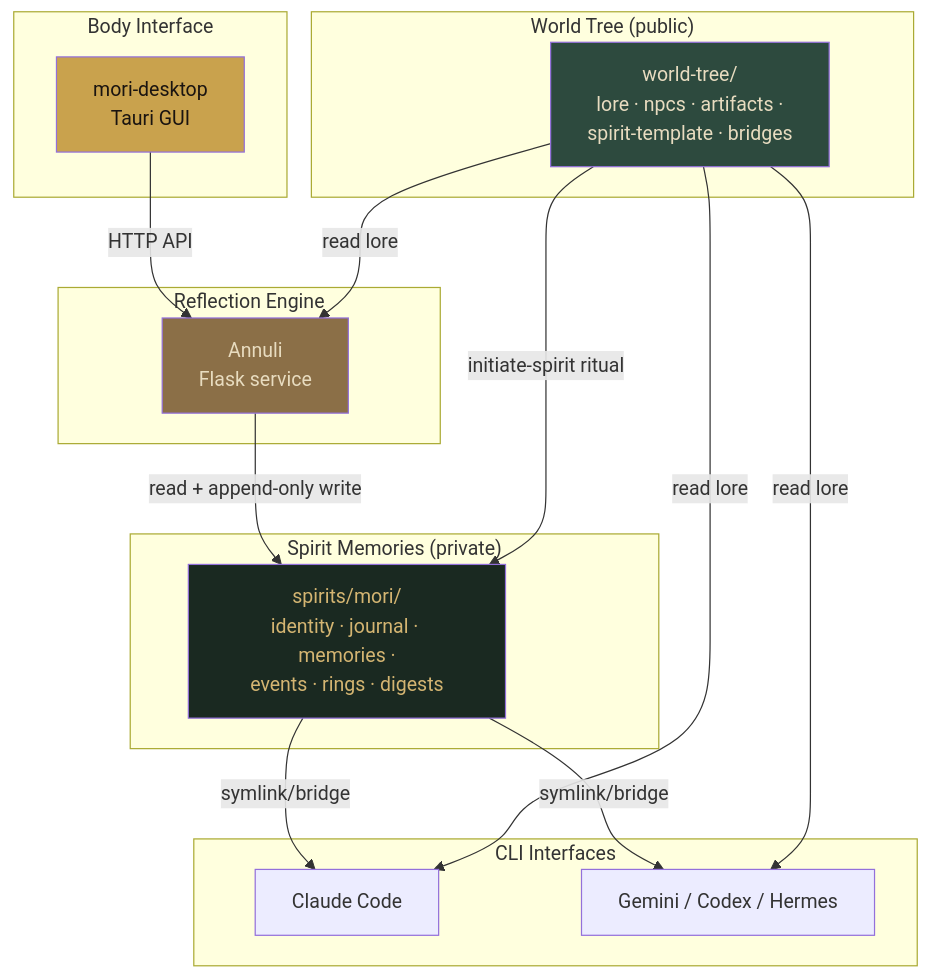
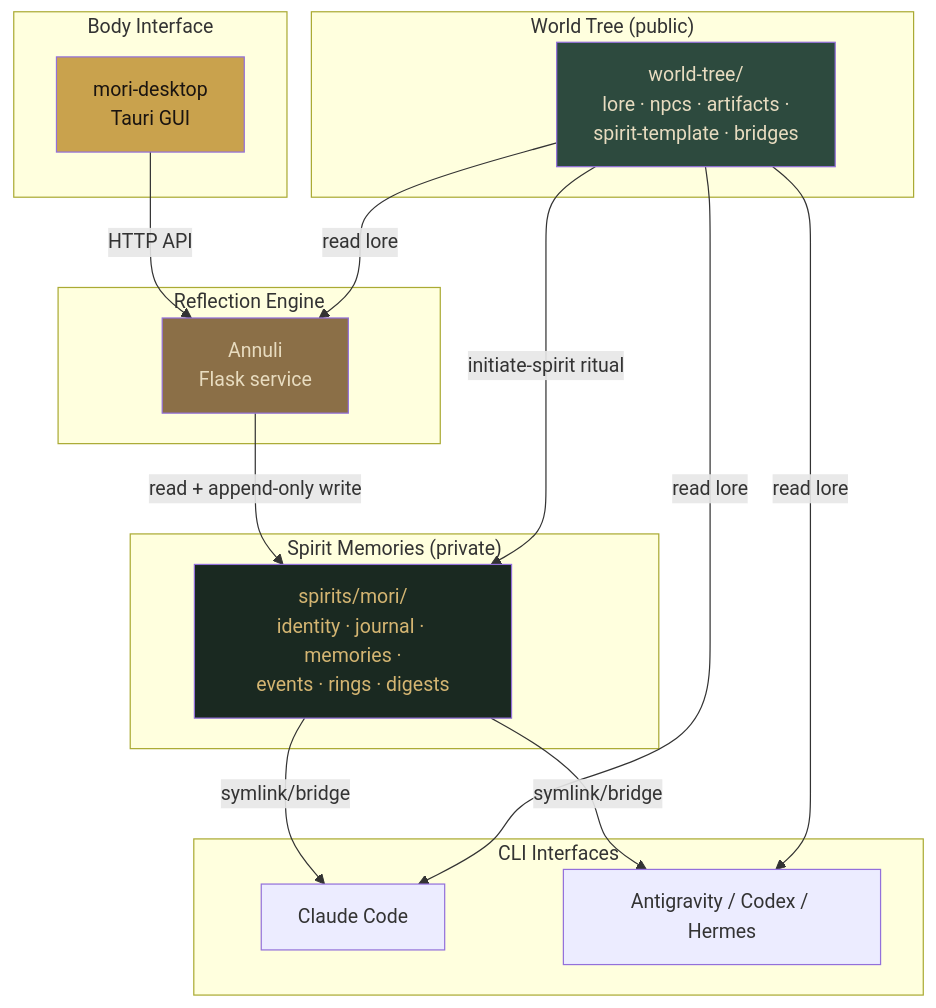
Before and after one commit to yazelin/world-tree: the fourth of 4 diagrams in ARCHITECTURE.md, drawn with Mermaid. The commit also changed other lines of this file and 51 other files, not shown here.

First line of the commit message:
Gemini CLI 換為 Antigravity CLI，魔道具正史擴為 35 件九系 (#1)

````diff
--- a/ARCHITECTURE.md
+++ b/ARCHITECTURE.md
@@ -288,37 +288,37 @@
 ```mermaid
 graph TB
   subgraph Body["Body Interface"]
     MD[mori-desktop<br/>Tauri GUI]
   end
 
   subgraph Reflection["Reflection Engine"]
     AN[Annuli<br/>Flask service]
   end
 
   subgraph SpiritsPrivate["Spirit Memories (private)"]
     M[spirits/mori/<br/>identity · journal · memories ·<br/>events · rings · digests]
   end
 
   subgraph WorldTree["World Tree (public)"]
     WT[world-tree/<br/>lore · npcs · artifacts ·<br/>spirit-template · bridges]
   end
 
   subgraph CLIs["CLI Interfaces"]
     CC[Claude Code]
-    GC[Gemini / Codex / Hermes]
+    GC[Antigravity / Codex / Hermes]
   end
 
   MD -->|HTTP API| AN
   AN -->|read + append-only write| M
   WT -->|initiate-spirit ritual| M
   WT -->|read lore| AN
   M -->|symlink/bridge| CC
   M -->|symlink/bridge| GC
   WT -->|read lore| CC
   WT -->|read lore| GC
 
   style M fill:#1a2921,color:#d4b572
   style WT fill:#2d4a3e,color:#e8dcc0
   style MD fill:#c9a24d,color:#1a1410
   style AN fill:#8b6f47,color:#e8dcc0
 ```
````
